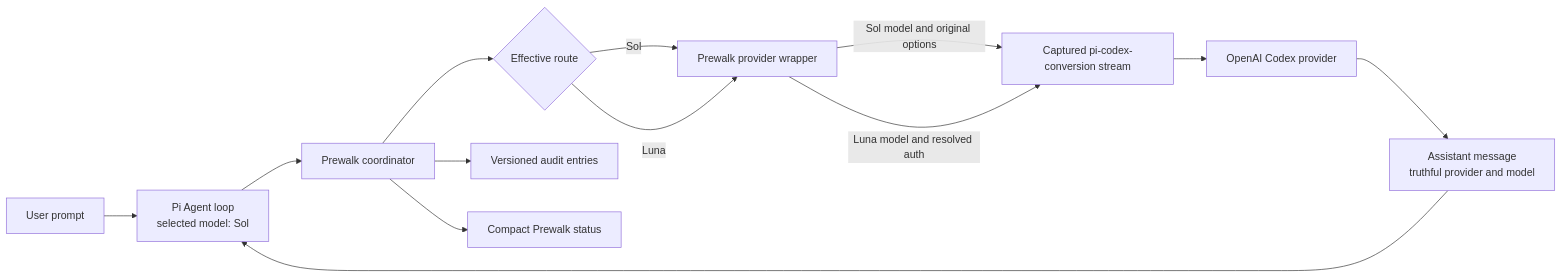
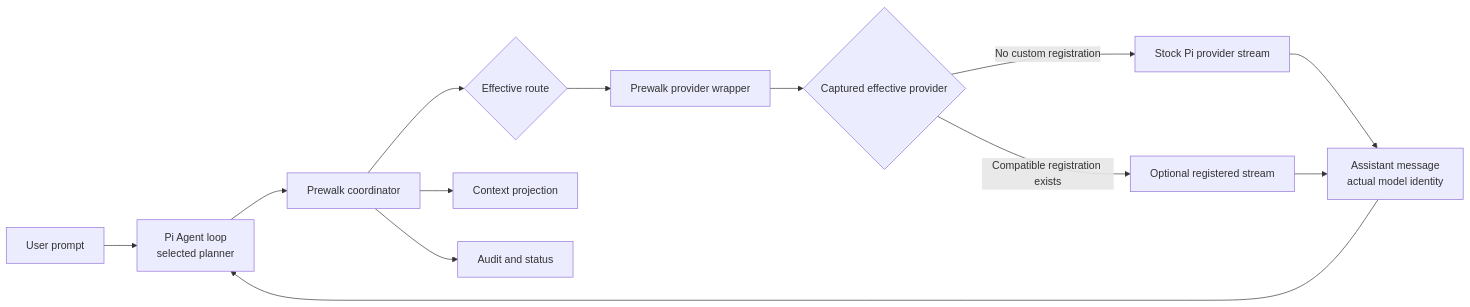
Before and after one commit to javonmcgilberry/pi-prewalk: the diagram in docs/plans/2026-07-30-002-feat-extension-only-sol-luna-prewalk-plan.md, drawn with Mermaid. The commit also changed other lines of this file and 41 other files, not shown here.

````diff
--- a/docs/plans/2026-07-30-002-feat-extension-only-sol-luna-prewalk-plan.md
+++ b/docs/plans/2026-07-30-002-feat-extension-only-sol-luna-prewalk-plan.md
@@ -395,15 +357,15 @@
 ```mermaid
 flowchart LR
-    U["User prompt"] --> P["Pi Agent loop<br/>selected model: Sol"]
+    U["User prompt"] --> P["Pi Agent loop<br/>selected planner"]
     P --> C["Prewalk coordinator"]
-    C --> S{"Effective route"}
-    S -->|Sol| W["Prewalk provider wrapper"]
-    S -->|Luna| W
-    W -->|Sol model and original options| B["Captured pi-codex-conversion stream"]
-    W -->|Luna model and resolved auth| B
-    B --> O["OpenAI Codex provider"]
-    O --> M["Assistant message<br/>truthful provider and model"]
+    C --> R{"Effective route"}
+    R --> W["Prewalk provider wrapper"]
+    W --> E{"Captured effective provider"}
+    E -->|No custom registration| S["Stock Pi provider stream"]
+    E -->|Compatible registration exists| O["Optional registered stream"]
+    S --> M["Assistant message<br/>actual model identity"]
+    O --> M
     M --> P
-    C --> A["Versioned audit entries"]
-    C --> F["Compact Prewalk status"]
+    C --> X["Context projection"]
+    C --> A["Audit and status"]
 ```
````
